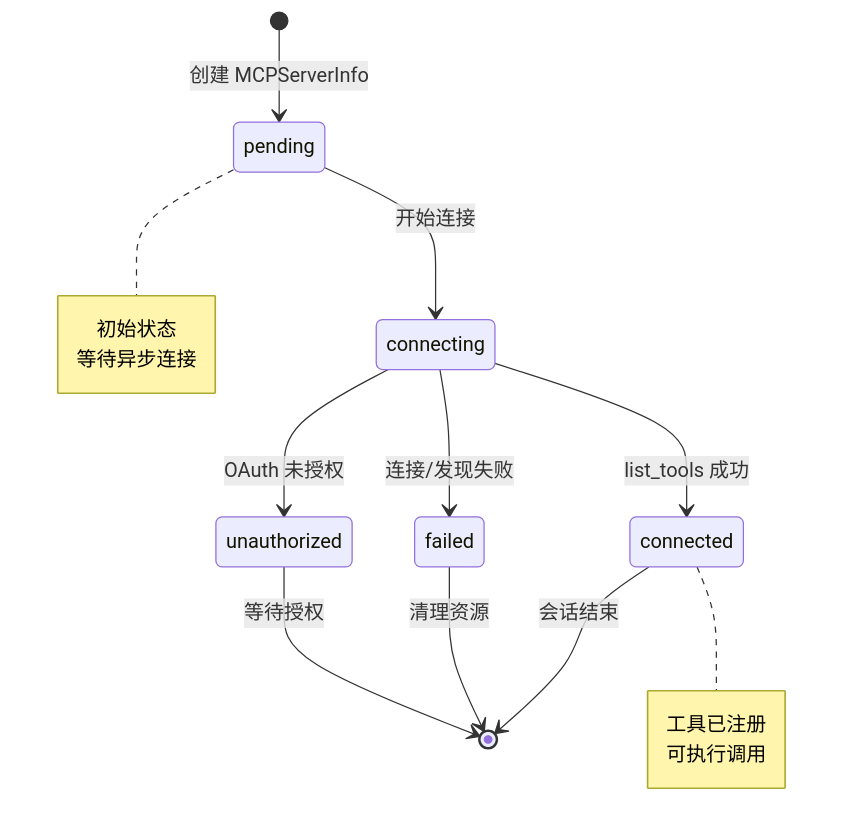
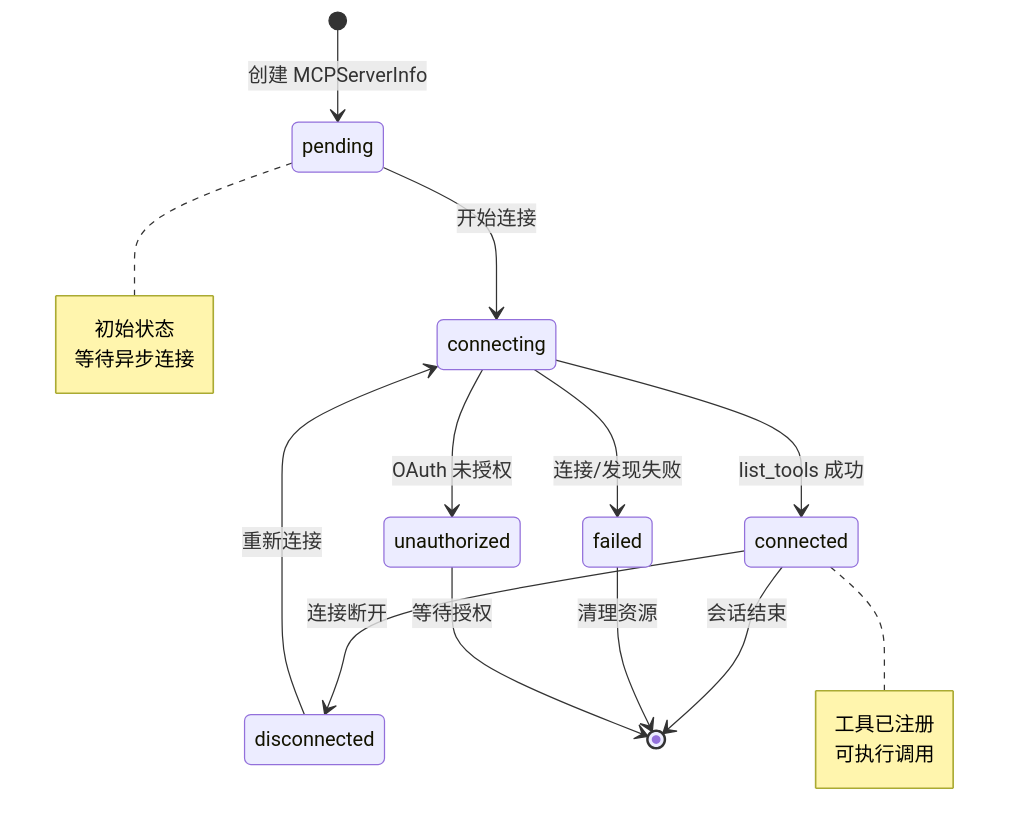
One commit to giraffe-tree/agent-base changed the second of 8 diagrams in docs/kimi-cli/06-kimi-cli-mcp-integration.md. Above: the diagram before and after it, drawn with Mermaid. The commit also changed other lines of this file and 155 other files, not shown here.

````diff
--- a/docs/kimi-cli/06-kimi-cli-mcp-integration.md
+++ b/docs/kimi-cli/06-kimi-cli-mcp-integration.md
@@ -241,22 +264,24 @@
 ```mermaid
 stateDiagram-v2
     [*] --> pending: 创建 MCPServerInfo
     pending --> connecting: 开始连接
     connecting --> connected: list_tools 成功
     connecting --> failed: 连接/发现失败
     connecting --> unauthorized: OAuth 未授权
 
+    connected --> disconnected: 连接断开
     connected --> [*]: 会话结束
     failed --> [*]: 清理资源
     unauthorized --> [*]: 等待授权
+    disconnected --> connecting: 重新连接
 
     note right of pending
         初始状态
         等待异步连接
     end note
 
     note right of connected
         工具已注册
         可执行调用
     end note
 ```
````
